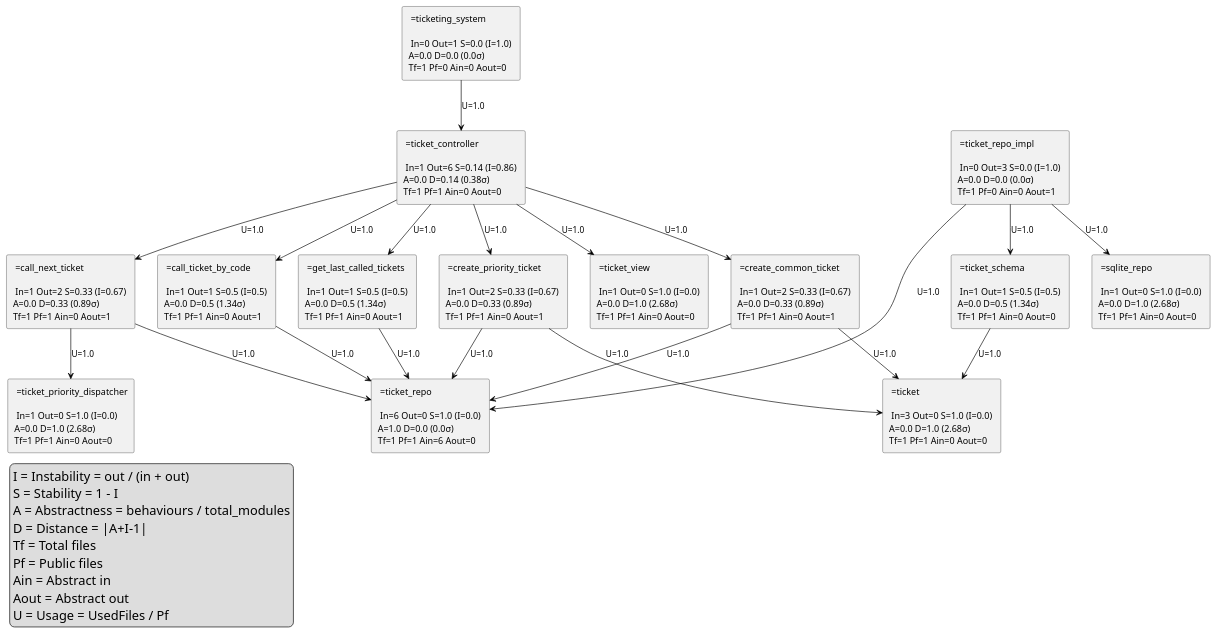
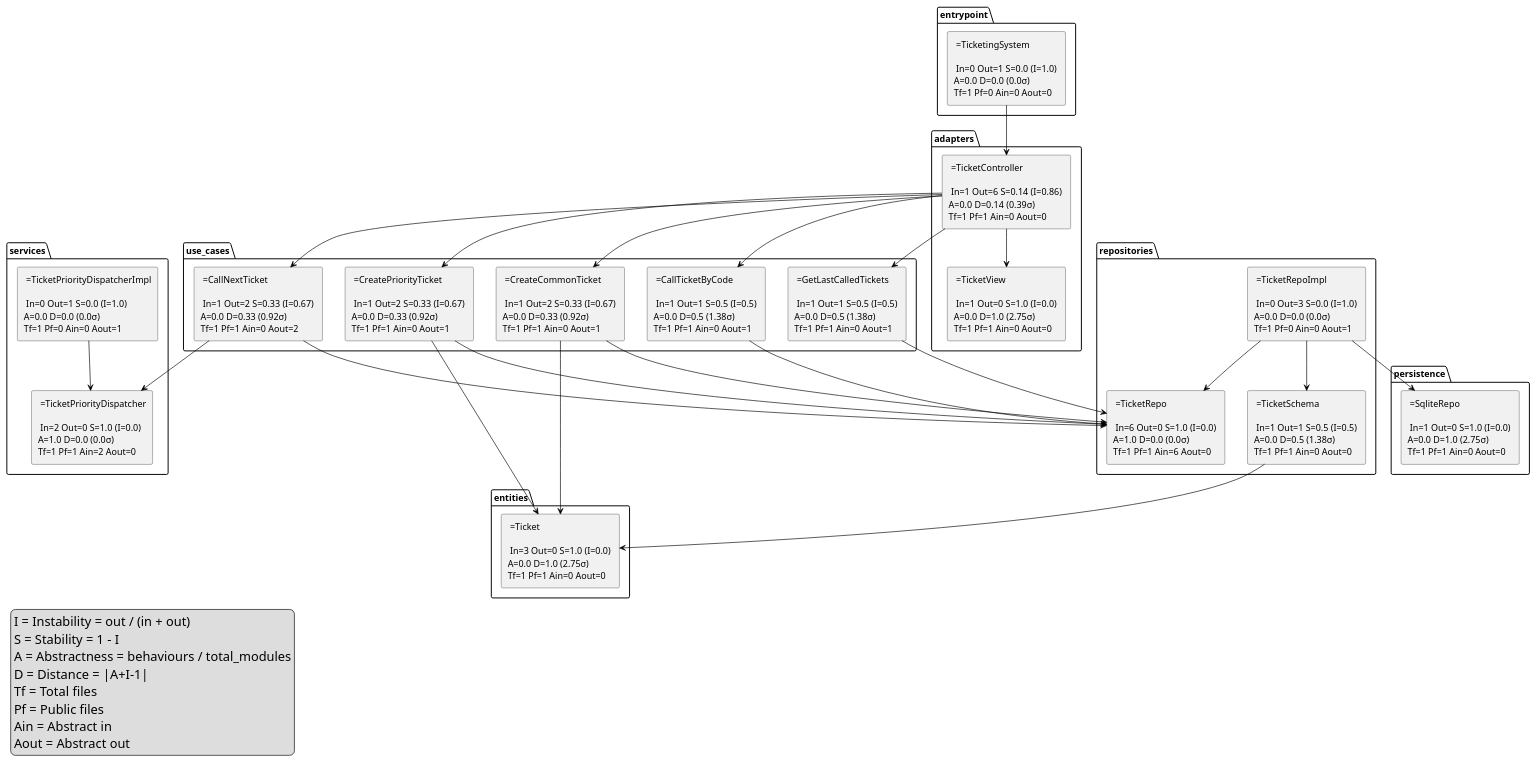
Before and after one commit to JVMartyns/ticketing_system_elixir_clean_architecture: the diagram in clean_mixer.plantuml, drawn with PlantUML. The commit also changed 19 other files, not shown here.

```diff
--- a/clean_mixer.plantuml
+++ b/clean_mixer.plantuml
@@ -1,106 +1,125 @@
 @startuml
 skinparam backgroundColor<<dep>> Grey
 skinparam legend {
  FontSize 20
  }
 legend bottom left
  I = Instability = out / (in + out)
 S = Stability = 1 - I
 A = Abstractness = behaviours / total_modules
 D = Distance = |A+I-1|
 Tf = Total files
 Pf = Public files
 Ain = Abstract in
-Aout = Abstract out
-U = Usage = UsedFiles / Pf 
+Aout = Abstract out 
  endlegend
-rectangle ticketing_system  [ =ticketing_system 
+package "services" {
+rectangle TicketPriorityDispatcher  [ =TicketPriorityDispatcher 
+
+ In=2 Out=0 S=1.0 (I=0.0) 
+A=1.0 D=0.0 (0.0σ) 
+Tf=1 Pf=1 Ain=2 Aout=0 ]
+rectangle TicketPriorityDispatcherImpl  [ =TicketPriorityDispatcherImpl 
+
+ In=0 Out=1 S=0.0 (I=1.0) 
+A=0.0 D=0.0 (0.0σ) 
+Tf=1 Pf=0 Ain=0 Aout=1 ]
+}
+package "entrypoint" {
+rectangle TicketingSystem  [ =TicketingSystem 
 
  In=0 Out=1 S=0.0 (I=1.0) 
 A=0.0 D=0.0 (0.0σ) 
 Tf=1 Pf=0 Ain=0 Aout=0 ]
-rectangle ticket  [ =ticket 
+}
+package "entities" {
+rectangle Ticket  [ =Ticket 
 
  In=3 Out=0 S=1.0 (I=0.0) 
-A=0.0 D=1.0 (2.68σ) 
+A=0.0 D=1.0 (2.75σ) 
 Tf=1 Pf=1 Ain=0 Aout=0 ]
-rectangle ticket_repo  [ =ticket_repo 
+}
+package "repositories" {
+rectangle TicketRepo  [ =TicketRepo 
 
  In=6 Out=0 S=1.0 (I=0.0) 
 A=1.0 D=0.0 (0.0σ) 
 Tf=1 Pf=1 Ain=6 Aout=0 ]
-rectangle create_priority_ticket  [ =create_priority_ticket 
-
- In=1 Out=2 S=0.33 (I=0.67) 
-A=0.0 D=0.33 (0.89σ) 
-Tf=1 Pf=1 Ain=0 Aout=1 ]
-rectangle call_next_ticket  [ =call_next_ticket 
-
- In=1 Out=2 S=0.33 (I=0.67) 
-A=0.0 D=0.33 (0.89σ) 
-Tf=1 Pf=1 Ain=0 Aout=1 ]
-rectangle call_ticket_by_code  [ =call_ticket_by_code 
+rectangle TicketSchema  [ =TicketSchema 
 
  In=1 Out=1 S=0.5 (I=0.5) 
-A=0.0 D=0.5 (1.34σ) 
-Tf=1 Pf=1 Ain=0 Aout=1 ]
-rectangle get_last_called_tickets  [ =get_last_called_tickets 
-
- In=1 Out=1 S=0.5 (I=0.5) 
-A=0.0 D=0.5 (1.34σ) 
-Tf=1 Pf=1 Ain=0 Aout=1 ]
-rectangle create_common_ticket  [ =create_common_ticket 
-
- In=1 Out=2 S=0.33 (I=0.67) 
-A=0.0 D=0.33 (0.89σ) 
-Tf=1 Pf=1 Ain=0 Aout=1 ]
-rectangle ticket_controller  [ =ticket_controller 
-
- In=1 Out=6 S=0.14 (I=0.86) 
-A=0.0 D=0.14 (0.38σ) 
+A=0.0 D=0.5 (1.38σ) 
 Tf=1 Pf=1 Ain=0 Aout=0 ]
-rectangle ticket_view  [ =ticket_view 
-
- In=1 Out=0 S=1.0 (I=0.0) 
-A=0.0 D=1.0 (2.68σ) 
-Tf=1 Pf=1 Ain=0 Aout=0 ]
-rectangle ticket_schema  [ =ticket_schema 
-
- In=1 Out=1 S=0.5 (I=0.5) 
-A=0.0 D=0.5 (1.34σ) 
-Tf=1 Pf=1 Ain=0 Aout=0 ]
-rectangle ticket_repo_impl  [ =ticket_repo_impl 
+rectangle TicketRepoImpl  [ =TicketRepoImpl 
 
  In=0 Out=3 S=0.0 (I=1.0) 
 A=0.0 D=0.0 (0.0σ) 
 Tf=1 Pf=0 Ain=0 Aout=1 ]
-rectangle sqlite_repo  [ =sqlite_repo 
+}
+package "use_cases" {
+rectangle CreatePriorityTicket  [ =CreatePriorityTicket 
+
+ In=1 Out=2 S=0.33 (I=0.67) 
+A=0.0 D=0.33 (0.92σ) 
+Tf=1 Pf=1 Ain=0 Aout=1 ]
+rectangle CallNextTicket  [ =CallNextTicket 
+
+ In=1 Out=2 S=0.33 (I=0.67) 
+A=0.0 D=0.33 (0.92σ) 
+Tf=1 Pf=1 Ain=0 Aout=2 ]
+rectangle CallTicketByCode  [ =CallTicketByCode 
+
+ In=1 Out=1 S=0.5 (I=0.5) 
+A=0.0 D=0.5 (1.38σ) 
+Tf=1 Pf=1 Ain=0 Aout=1 ]
+rectangle GetLastCalledTickets  [ =GetLastCalledTickets 
+
+ In=1 Out=1 S=0.5 (I=0.5) 
+A=0.0 D=0.5 (1.38σ) 
+Tf=1 Pf=1 Ain=0 Aout=1 ]
+rectangle CreateCommonTicket  [ =CreateCommonTicket 
+
+ In=1 Out=2 S=0.33 (I=0.67) 
+A=0.0 D=0.33 (0.92σ) 
+Tf=1 Pf=1 Ain=0 Aout=1 ]
+}
+package "adapters" {
+rectangle TicketController  [ =TicketController 
+
+ In=1 Out=6 S=0.14 (I=0.86) 
+A=0.0 D=0.14 (0.39σ) 
+Tf=1 Pf=1 Ain=0 Aout=0 ]
+rectangle TicketView  [ =TicketView 
 
  In=1 Out=0 S=1.0 (I=0.0) 
-A=0.0 D=1.0 (2.68σ) 
+A=0.0 D=1.0 (2.75σ) 
 Tf=1 Pf=1 Ain=0 Aout=0 ]
-rectangle ticket_priority_dispatcher  [ =ticket_priority_dispatcher 
+}
+package "persistence" {
+rectangle SqliteRepo  [ =SqliteRepo 
 
  In=1 Out=0 S=1.0 (I=0.0) 
-A=0.0 D=1.0 (2.68σ) 
+A=0.0 D=1.0 (2.75σ) 
 Tf=1 Pf=1 Ain=0 Aout=0 ]
-[ticketing_system] -[#black]-> [ticket_controller] : U=1.0
-[create_priority_ticket] -[#black]-> [ticket_repo] : U=1.0
-[create_priority_ticket] -[#black]-> [ticket] : U=1.0
-[call_next_ticket] -[#black]-> [ticket_priority_dispatcher] : U=1.0
-[call_next_ticket] -[#black]-> [ticket_repo] : U=1.0
-[call_ticket_by_code] -[#black]-> [ticket_repo] : U=1.0
-[get_last_called_tickets] -[#black]-> [ticket_repo] : U=1.0
-[create_common_ticket] -[#black]-> [ticket_repo] : U=1.0
-[create_common_ticket] -[#black]-> [ticket] : U=1.0
-[ticket_controller] -[#black]-> [ticket_view] : U=1.0
-[ticket_controller] -[#black]-> [create_common_ticket] : U=1.0
-[ticket_controller] -[#black]-> [get_last_called_tickets] : U=1.0
-[ticket_controller] -[#black]-> [call_ticket_by_code] : U=1.0
-[ticket_controller] -[#black]-> [call_next_ticket] : U=1.0
-[ticket_controller] -[#black]-> [create_priority_ticket] : U=1.0
-[ticket_schema] -[#black]-> [ticket] : U=1.0
-[ticket_repo_impl] -[#black]-> [sqlite_repo] : U=1.0
-[ticket_repo_impl] -[#black]-> [ticket_schema] : U=1.0
-[ticket_repo_impl] -[#black]-> [ticket_repo] : U=1.0
+}
+[TicketingSystem] -[#black]-> [TicketController]
+[CreatePriorityTicket] -[#black]-> [TicketRepo]
+[CreatePriorityTicket] -[#black]-> [Ticket]
+[CallNextTicket] -[#black]-> [TicketPriorityDispatcher]
+[CallNextTicket] -[#black]-> [TicketRepo]
+[CallTicketByCode] -[#black]-> [TicketRepo]
+[GetLastCalledTickets] -[#black]-> [TicketRepo]
+[CreateCommonTicket] -[#black]-> [TicketRepo]
+[CreateCommonTicket] -[#black]-> [Ticket]
+[TicketController] -[#black]-> [TicketView]
+[TicketController] -[#black]-> [CreateCommonTicket]
+[TicketController] -[#black]-> [GetLastCalledTickets]
+[TicketController] -[#black]-> [CallTicketByCode]
+[TicketController] -[#black]-> [CallNextTicket]
+[TicketController] -[#black]-> [CreatePriorityTicket]
+[TicketSchema] -[#black]-> [Ticket]
+[TicketRepoImpl] -[#black]-> [SqliteRepo]
+[TicketRepoImpl] -[#black]-> [TicketSchema]
+[TicketRepoImpl] -[#black]-> [TicketRepo]
+[TicketPriorityDispatcherImpl] -[#black]-> [TicketPriorityDispatcher]
 @enduml
```
